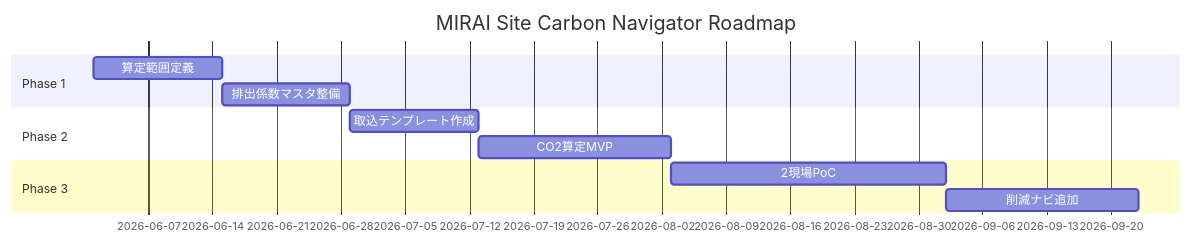
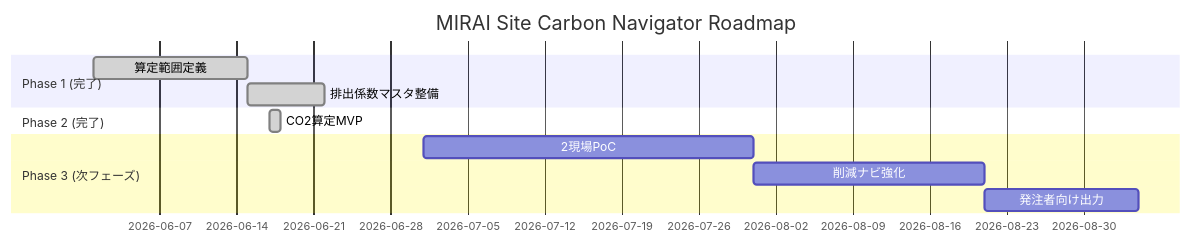
One commit to Kensan196948G/MIRAI_Site_Carbon_Navigator changed the second of 2 diagrams in README.md. Above: the diagram before and after it, drawn with Mermaid. The commit also changed other lines of this file and 34 other files, not shown here.

````diff
--- a/README.md
+++ b/README.md
@@ -46,14 +138,14 @@
 ```mermaid
 gantt
   title MIRAI Site Carbon Navigator Roadmap
   dateFormat YYYY-MM-DD
-  section Phase 1
-  算定範囲定義             :a1, 2026-06-01, 14d
-  排出係数マスタ整備       :a2, after a1, 14d
-  section Phase 2
-  取込テンプレート作成     :b1, after a2, 14d
-  CO2算定MVP              :b2, after b1, 21d
-  section Phase 3
-  2現場PoC                :c1, after b2, 30d
-  削減ナビ追加             :c2, after c1, 21d
+  section Phase 1 (完了)
+  算定範囲定義             :done, a1, 2026-06-01, 14d
+  排出係数マスタ整備       :done, a2, after a1, 7d
+  section Phase 2 (完了)
+  CO2算定MVP              :done, b1, 2026-06-17, 1d
+  section Phase 3 (次フェーズ)
+  2現場PoC                :c1, 2026-07-01, 30d
+  削減ナビ強化             :c2, after c1, 21d
+  発注者向け出力           :c3, after c2, 14d
 ```
````
